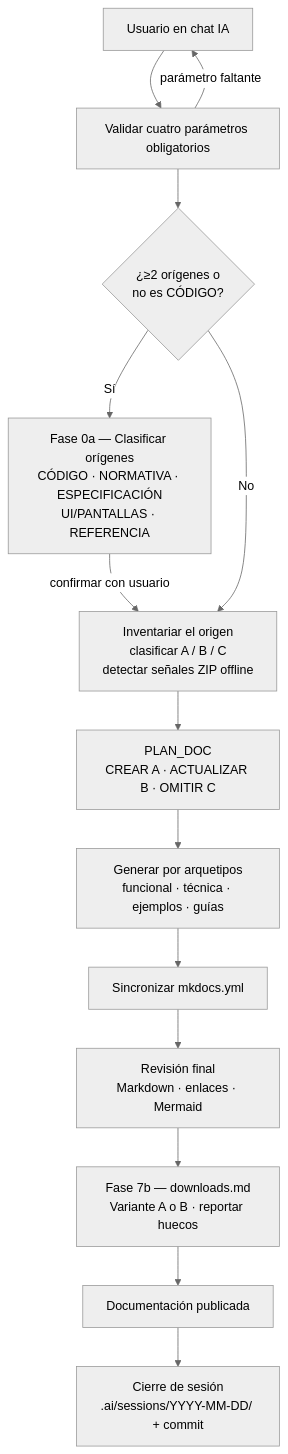
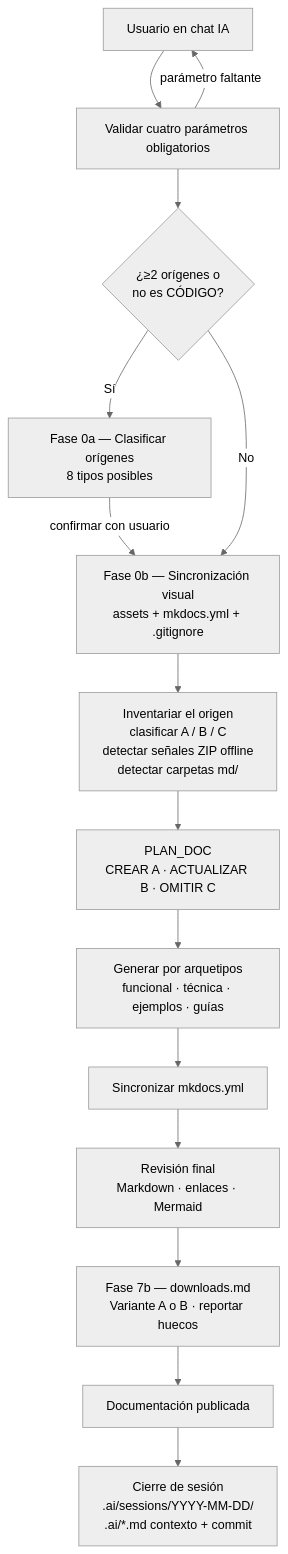
The diagram in docs/functional/document_project.md (fmanza/doc_ia), drawn with Mermaid (neutral theme) before and after one commit. The commit also changed other lines of this file and 14 other files, not shown here.

````diff
--- a/docs/functional/document_project.md
+++ b/docs/functional/document_project.md
@@ -38,16 +41,17 @@
 ```mermaid
 flowchart TD
     U[Usuario en chat IA] --> V[Validar cuatro parámetros obligatorios]
     V -- parámetro faltante --> U
     V --> CL{¿≥2 orígenes o\nno es CÓDIGO?}
-    CL -- Sí --> F0a[Fase 0a — Clasificar orígenes<br/>CÓDIGO · NORMATIVA · ESPECIFICACIÓN<br/>UI/PANTALLAS · REFERENCIA]
-    F0a -- confirmar con usuario --> I
-    CL -- No --> I[Inventariar el origen<br/>clasificar A / B / C<br/>detectar señales ZIP offline]
+    CL -- Sí --> F0a[Fase 0a — Clasificar orígenes<br/>8 tipos posibles]
+    F0a -- confirmar con usuario --> F0b
+    CL -- No --> F0b[Fase 0b — Sincronización visual<br/>assets + mkdocs.yml + .gitignore]
+    F0b --> I[Inventariar el origen<br/>clasificar A / B / C<br/>detectar señales ZIP offline<br/>detectar carpetas md/]
     I --> P[PLAN_DOC<br/>CREAR A · ACTUALIZAR B · OMITIR C]
     P --> G[Generar por arquetipos<br/>funcional · técnica · ejemplos · guías]
     G --> N[Sincronizar mkdocs.yml]
     N --> R[Revisión final<br/>Markdown · enlaces · Mermaid]
     R --> DL[Fase 7b — downloads.md<br/>Variante A o B · reportar huecos]
     DL --> D[Documentación publicada]
-    D --> C[Cierre de sesión<br/>.ai/sessions/YYYY-MM-DD/ + commit]
+    D --> CS[Cierre de sesión<br/>.ai/sessions/YYYY-MM-DD/<br/>.ai/*.md contexto + commit]
 ```
````
